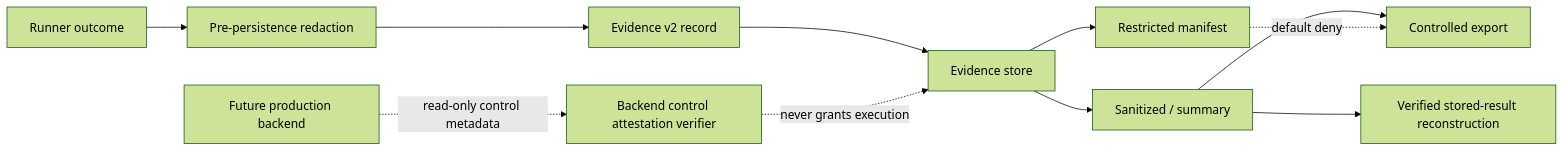
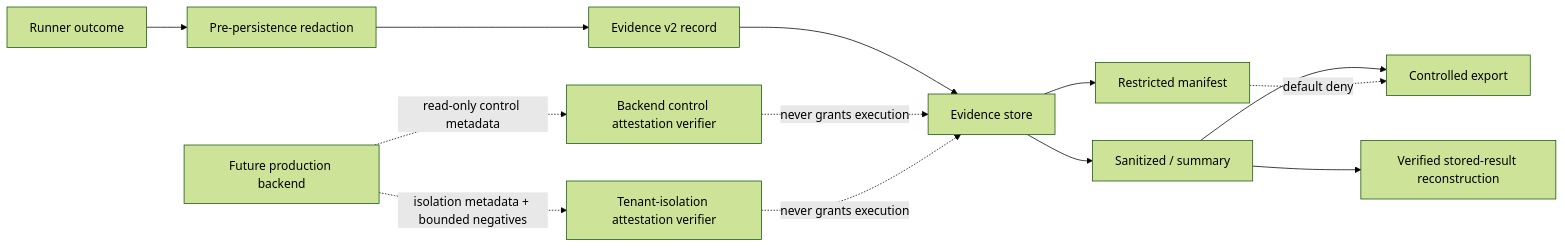
The diagram in docs/roadmap/epics/EPIC-10-evidence-plane.md (pestoura/hermes-security-labs), drawn with Mermaid (forest theme) before and after one commit. The commit also changed other lines of this file, not shown here.

Commit message:
docs(epic): record tenant-isolation acceptance verifier without live claim

````diff
--- a/docs/roadmap/epics/EPIC-10-evidence-plane.md
+++ b/docs/roadmap/epics/EPIC-10-evidence-plane.md
@@ -93,13 +98,15 @@
 ```mermaid
 flowchart LR
   RUN[Runner outcome] --> REDACT0[Pre-persistence redaction]
   REDACT0 --> REC[Evidence v2 record]
   REC --> STORE[Evidence store]
   STORE --> RAW[Restricted manifest]
   STORE --> DERIVED[Sanitized / summary]
   DERIVED --> RECON[Verified stored-result reconstruction]
   DERIVED --> EXPORT[Controlled export]
   RAW -. default deny .-> EXPORT
   PROD[Future production backend] -. read-only control metadata .-> ATTEST[Backend control attestation verifier]
+  PROD -. isolation metadata + bounded negatives .-> TISO[Tenant-isolation attestation verifier]
   ATTEST -. never grants execution .-> STORE
+  TISO -. never grants execution .-> STORE
 ```
````
